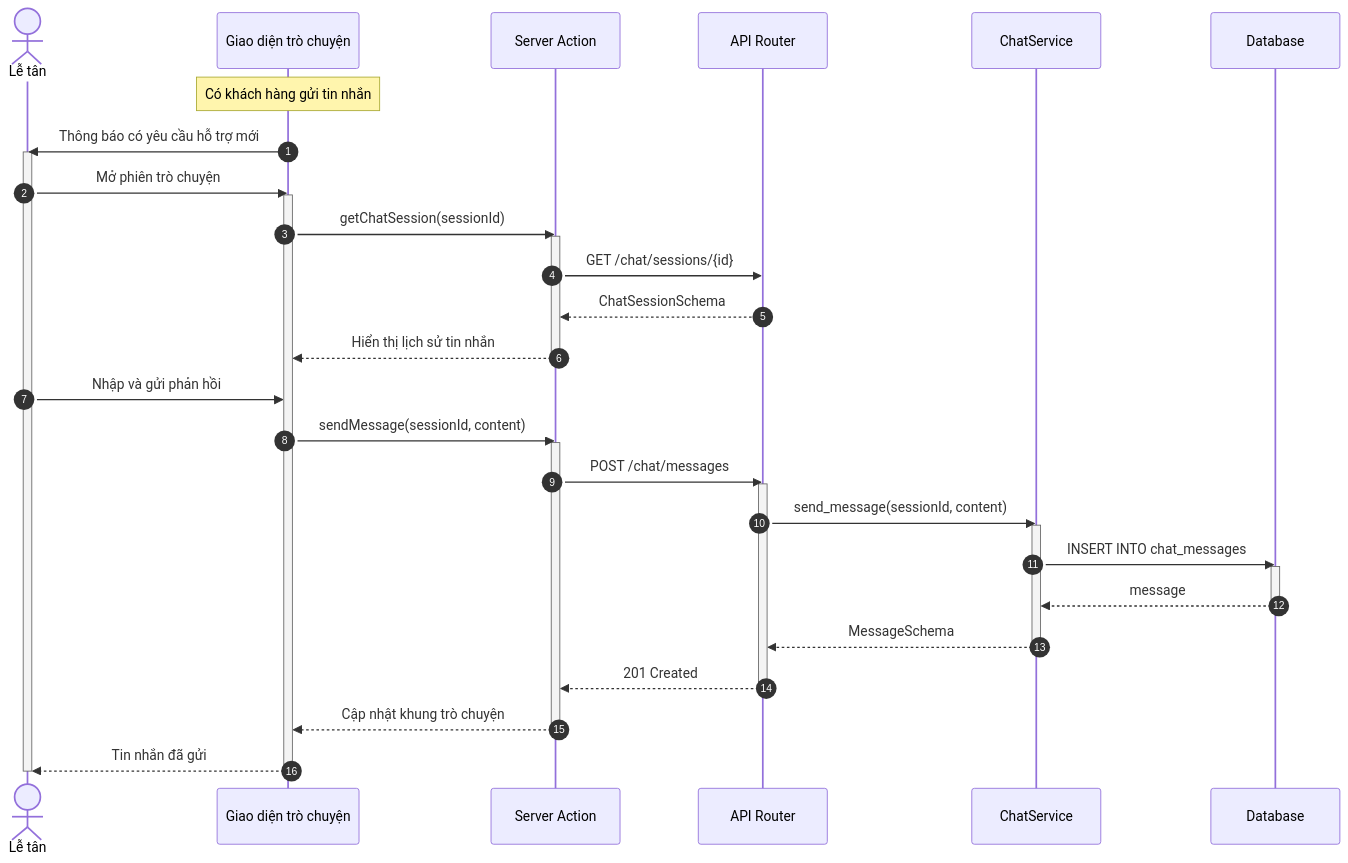
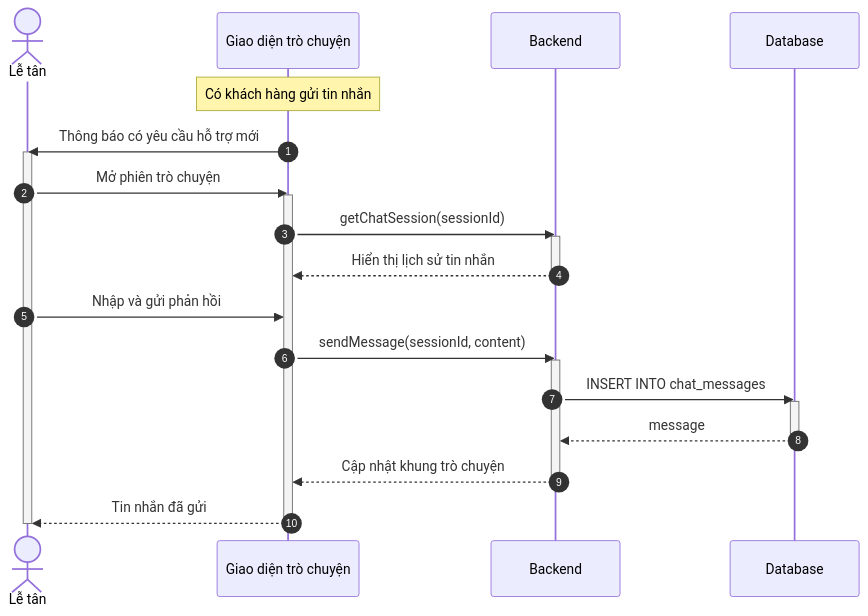
One commit to ngoctinn/Synapse changed the sixth of 8 diagrams in docs/design/sequences/receptionist_flows.md. Above: the diagram before and after it, drawn with Mermaid. The commit also changed other lines of this file and 7 other files, not shown here.

Commit message:
docs: Add initial design documentation for authentication, user flows, and algorithm specification.

````diff
--- a/docs/design/sequences/receptionist_flows.md
+++ b/docs/design/sequences/receptionist_flows.md
@@ -299,51 +215,35 @@
 ```mermaid
 sequenceDiagram
     autonumber
     actor LT as Lễ tân
     participant UI as Giao diện trò chuyện
-    participant BFF as Server Action
-    participant API as API Router
-    participant S as ChatService
+    participant BE as Backend
     participant DB as Database
 
     Note over UI: Có khách hàng gửi tin nhắn
     UI->>LT: Thông báo có yêu cầu hỗ trợ mới
     activate LT
 
     LT->>UI: Mở phiên trò chuyện
     activate UI
-    UI->>BFF: getChatSession(sessionId)
-    activate BFF
-    BFF->>API: GET /chat/sessions/{id}
-    API-->>BFF: ChatSessionSchema
-    BFF-->>UI: Hiển thị lịch sử tin nhắn
-    deactivate BFF
+    UI->>BE: getChatSession(sessionId)
+    activate BE
+    BE-->>UI: Hiển thị lịch sử tin nhắn
+    deactivate BE
 
     LT->>UI: Nhập và gửi phản hồi
-    UI->>BFF: sendMessage(sessionId, content)
-    activate BFF
+    UI->>BE: sendMessage(sessionId, content)
+    activate BE
 
-    BFF->>API: POST /chat/messages
-    activate API
-
-    API->>S: send_message(sessionId, content)
-    activate S
-
-    S->>DB: INSERT INTO chat_messages
+    BE->>DB: INSERT INTO chat_messages
     activate DB
-    DB-->>S: message
+    DB-->>BE: message
     deactivate DB
 
-    S-->>API: MessageSchema
-    deactivate S
-
-    API-->>BFF: 201 Created
-    deactivate API
-
-    BFF-->>UI: Cập nhật khung trò chuyện
-    deactivate BFF
+    BE-->>UI: Cập nhật khung trò chuyện
+    deactivate BE
 
     UI-->>LT: Tin nhắn đã gửi
     deactivate UI
     deactivate LT
 ```
````
